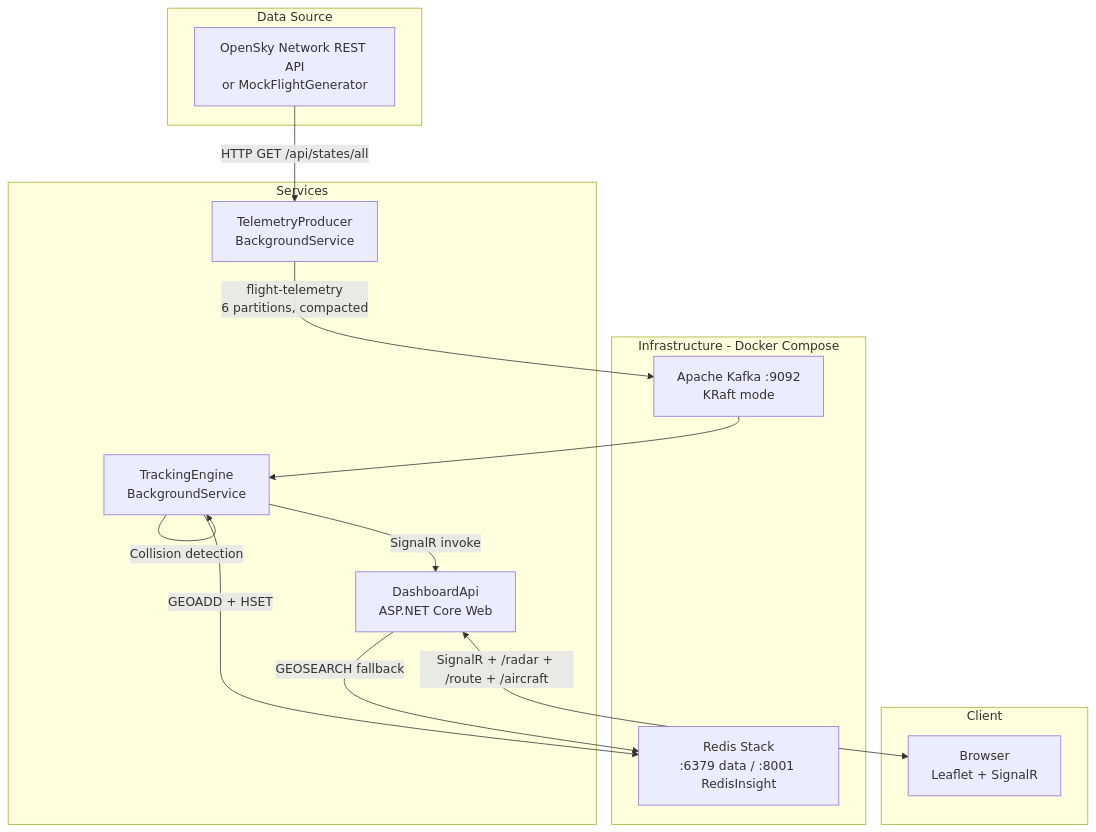
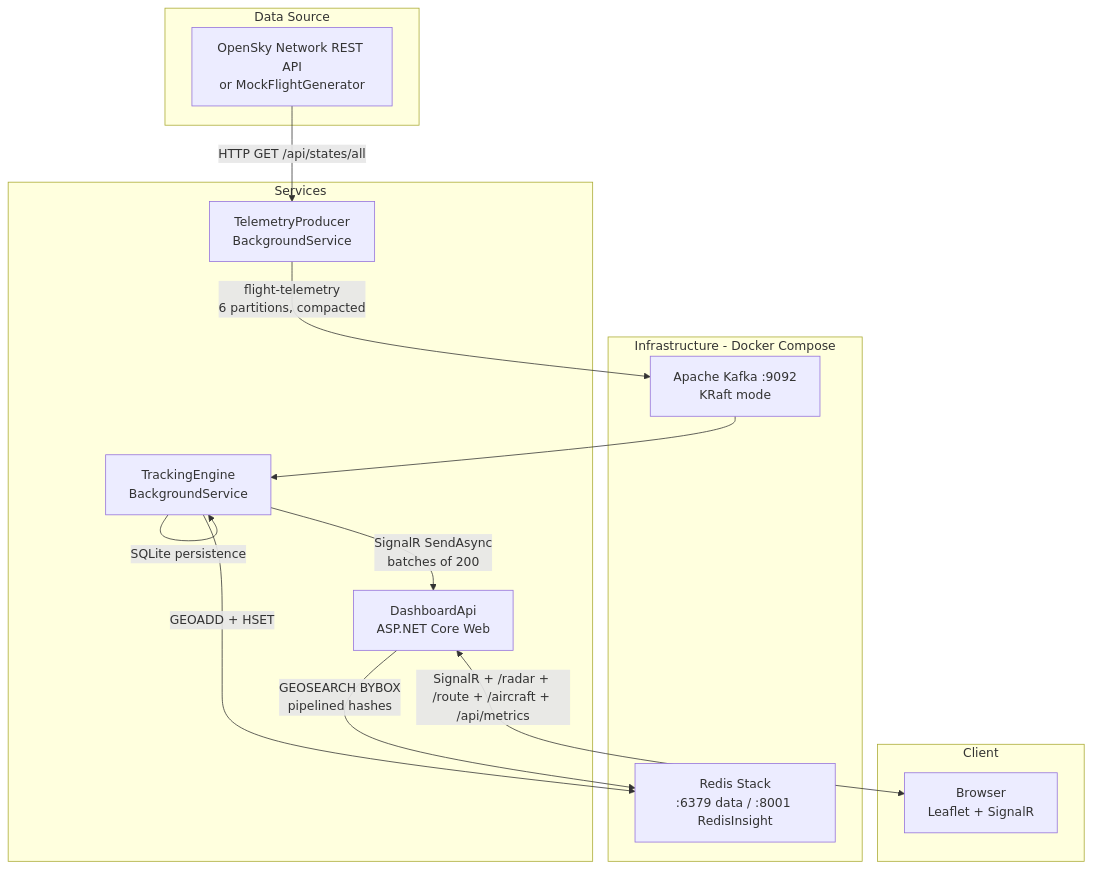
One commit to ravindrabhartiya/AirTrafficVisualizer changed the diagram in DESIGN.md. Above: the diagram before and after it, drawn with Mermaid. The commit also changed other lines of this file and 8 other files, not shown here.

First line of the commit message:
Remove collision detection, async SQLite background drain

````diff
--- a/DESIGN.md
+++ b/DESIGN.md
@@ -65,31 +71,30 @@
 ```mermaid
 graph TD
     subgraph Data Source
         OS[OpenSky Network REST API<br>or MockFlightGenerator]
     end
 
     subgraph Services
         TP[TelemetryProducer<br>BackgroundService]
         TE[TrackingEngine<br>BackgroundService]
         DA[DashboardApi<br>ASP.NET Core Web]
     end
 
     subgraph Infrastructure - Docker Compose
         KF[Apache Kafka :9092<br>KRaft mode]
         RD[Redis Stack<br>:6379 data / :8001 RedisInsight]
     end
 
     subgraph Client
         BR[Browser<br>Leaflet + SignalR]
     end
 
     OS -->|HTTP GET /api/states/all| TP
     TP -->|flight-telemetry<br>6 partitions, compacted| KF
     KF --> TE
     TE -->|GEOADD + HSET| RD
     TE -->|SQLite persistence| TE
-    TE -->|Collision detection| TE
-    TE -->|SignalR invoke| DA
-    DA <-->|SignalR + /radar + /route + /aircraft| BR
-    DA -->|GEOSEARCH fallback| RD
+    TE -->|SignalR SendAsync<br>batches of 200| DA
+    DA <-->|SignalR + /radar + /route + /aircraft + /api/metrics| BR
+    DA -->|GEOSEARCH BYBOX<br>pipelined hashes| RD
 ```
````
